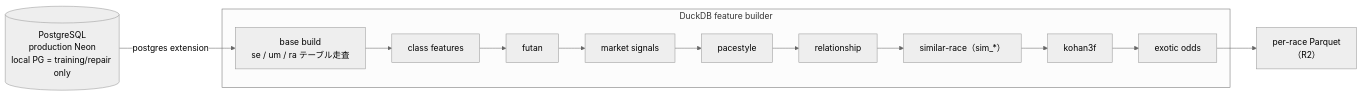
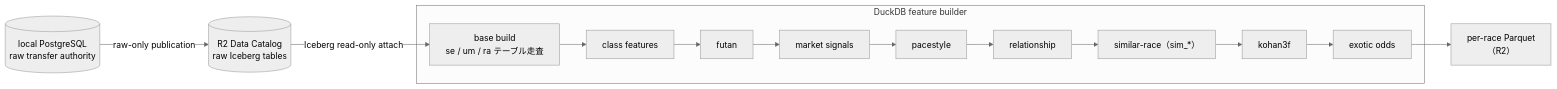
Before and after one commit to kkkaoru/horse-racing-data: the second of 11 diagrams in docs/finish-position-prediction-system.md, drawn with Mermaid (neutral theme). The commit also changed other lines of this file and 49 other files, not shown here.

Commit message:
refactor(prediction): build features from raw R2 catalog

````diff
--- a/docs/finish-position-prediction-system.md
+++ b/docs/finish-position-prediction-system.md
@@ -212,20 +217,22 @@
 ```mermaid
 flowchart LR
-    PG[("PostgreSQL<br/>production Neon<br/>local PG = training/repair only")]
+    PG[("local PostgreSQL<br/>raw transfer authority")]
+    CAT[("R2 Data Catalog<br/>raw Iceberg tables")]
     subgraph DUCK["DuckDB feature builder"]
         BASE["base build<br/>se / um / ra テーブル走査"]
         L1["class features"]
         L2["futan"]
         L3["market signals"]
         L4["pacestyle"]
         L5["relationship"]
         L6["similar-race（sim_*）"]
         L7["kohan3f"]
         L8["exotic odds"]
         BASE --> L1 --> L2 --> L3 --> L4 --> L5 --> L6 --> L7 --> L8
     end
     PARQUET["per-race Parquet<br/>（R2）"]
 
-    PG -->|"postgres extension"| BASE
+    PG -->|"raw-only publication"| CAT
+    CAT -->|"Iceberg read-only attach"| BASE
     L8 --> PARQUET
 ```
````
